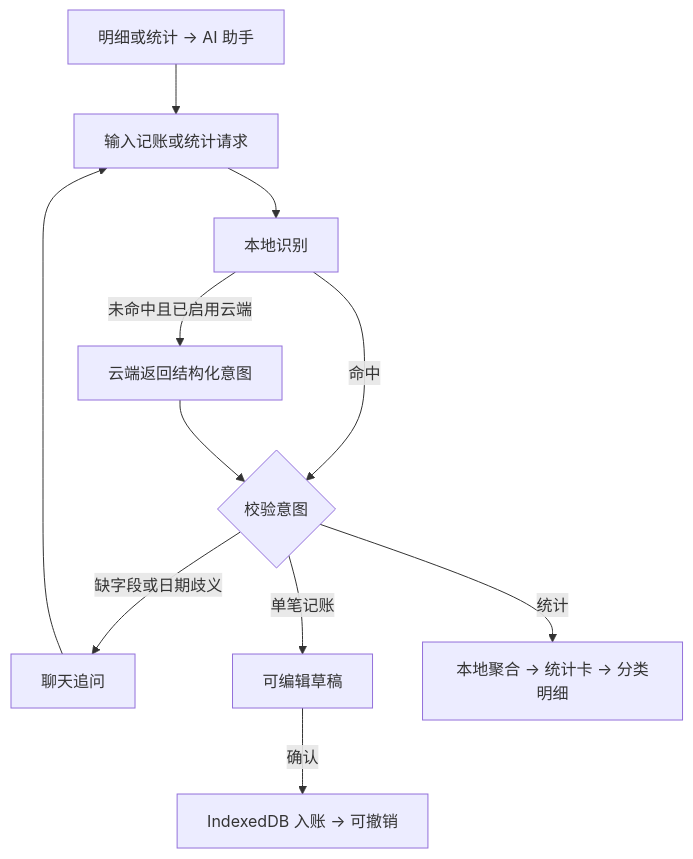
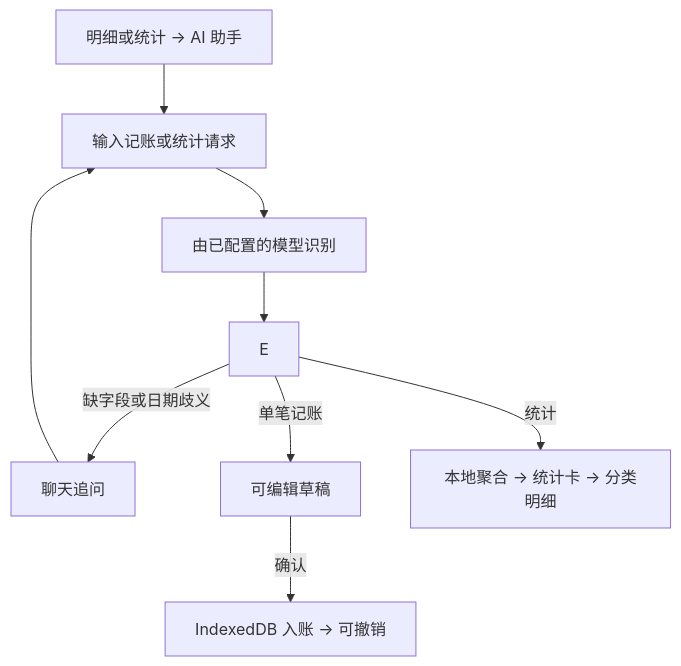
The diagram in wiki/2026-11-24/AI助手-交互与技术方案.md (wuhene/simple-ledger), drawn with Mermaid before and after one commit. The commit also changed other lines of this file and 11 other files, not shown here.

````diff
--- a/wiki/2026-11-24/AI助手-交互与技术方案.md
+++ b/wiki/2026-11-24/AI助手-交互与技术方案.md
@@ -10,13 +11,11 @@
 ```mermaid
 flowchart TD
   A["明细或统计 → AI 助手"] --> B["输入记账或统计请求"]
-  B --> C["本地识别"]
-  C -->|"未命中且已启用云端"| D["云端返回结构化意图"]
-  C -->|"命中"| E{"校验意图"}
+  B --> D["由已配置的模型识别"]
   D --> E
   E -->|"缺字段或日期歧义"| F["聊天追问"]
   F --> B
   E -->|"单笔记账"| G["可编辑草稿"]
   G -->|"确认"| H["IndexedDB 入账 → 可撤销"]
   E -->|"统计"| I["本地聚合 → 统计卡 → 分类明细"]
 ```
````
